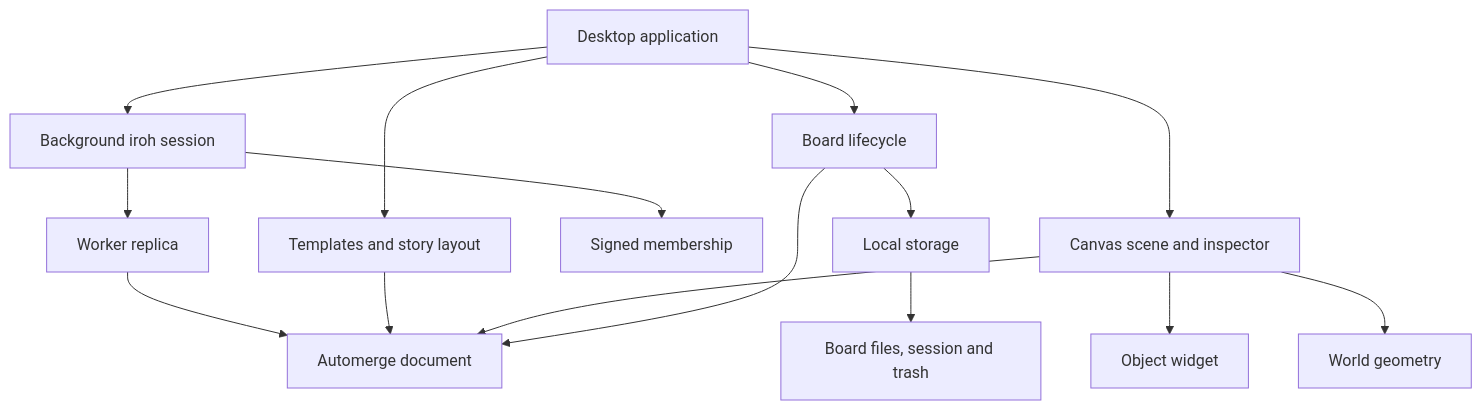
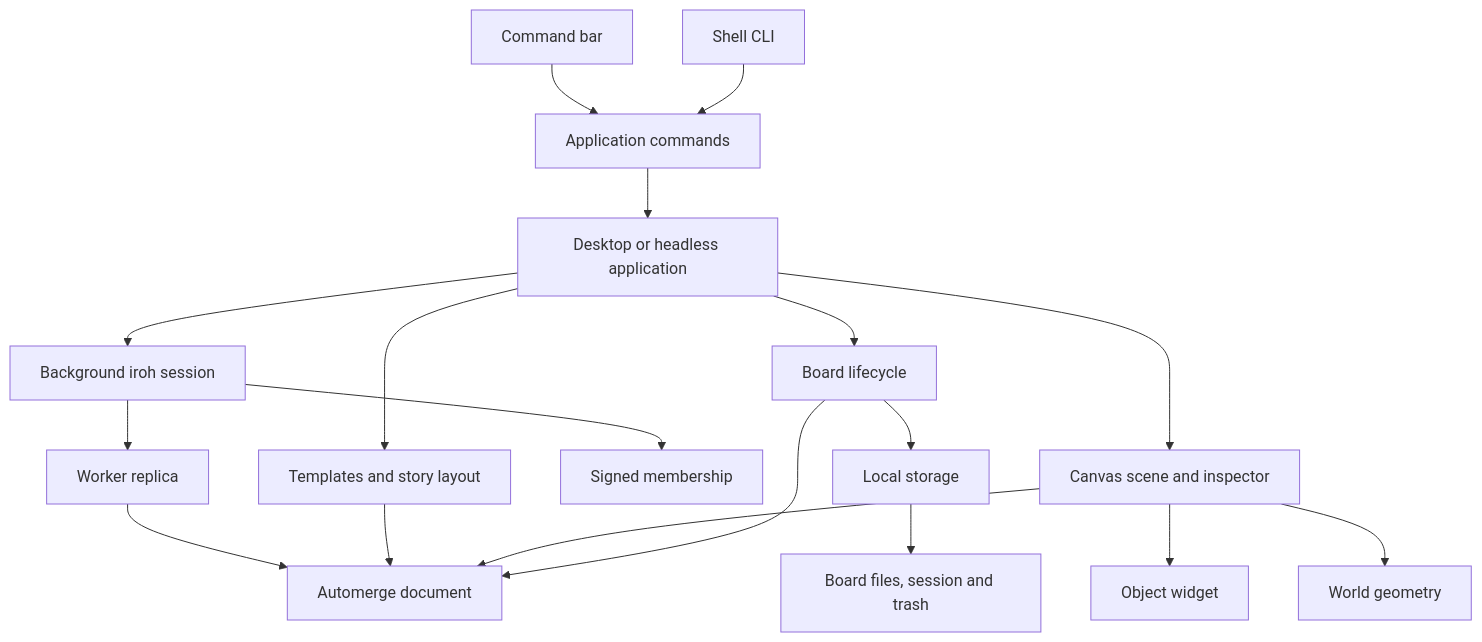
One commit to janchri/jotflock changed the diagram in docs/adr/README.md. Above: the diagram before and after it, drawn with Mermaid. The commit also changed other lines of this file and 12 other files, not shown here.

Commit message:
feat: implement command interface and headless mode

````diff
--- a/docs/adr/README.md
+++ b/docs/adr/README.md
@@ -40,17 +43,20 @@
 ```mermaid
 flowchart TD
-    App[Desktop application] --> Workspace[Board lifecycle]
+    Terminal[Command bar] --> Commands[Application commands]
+    Shell[Shell CLI] --> Commands
+    Commands --> App[Desktop or headless application]
+    App --> Workspace[Board lifecycle]
     App --> Scene[Canvas scene and inspector]
     App --> Templates[Templates and story layout]
     App --> Network[Background iroh session]
     Network --> Auth[Signed membership]
     Network --> Replica[Worker replica]
     Replica --> Document
     Templates --> Document
     Scene --> Widget[Object widget]
     Scene --> Geometry[World geometry]
     Scene --> Document[Automerge document]
     Workspace --> Document
     Workspace --> Storage[Local storage]
     Storage --> Files[Board files, session and trash]
 ```
````
